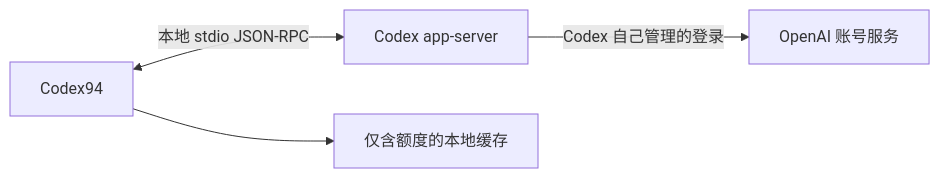
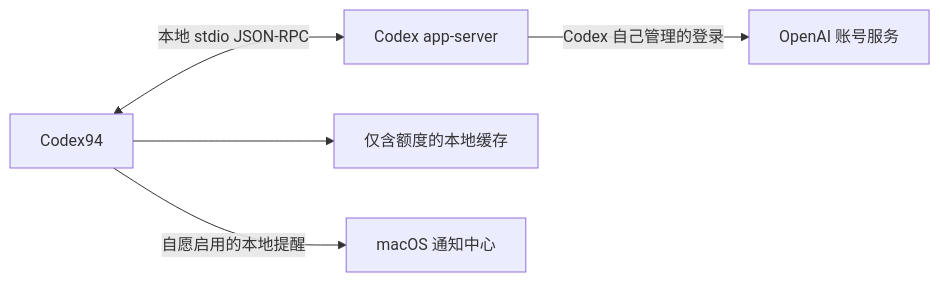
Before and after one commit to DEFY-AN94/codex94: the diagram in README.zh-CN.md, drawn with Mermaid. The commit also changed other lines of this file and 43 other files, not shown here.

````diff
--- a/README.zh-CN.md
+++ b/README.zh-CN.md
@@ -217,6 +239,7 @@
 ```mermaid
 flowchart LR
     A["Codex94"] <-->|"本地 stdio JSON-RPC"| B["Codex app-server"]
     B -->|"Codex 自己管理的登录"| C["OpenAI 账号服务"]
     A --> D["仅含额度的本地缓存"]
+    A -->|"自愿启用的本地提醒"| E["macOS 通知中心"]
 ```
````
